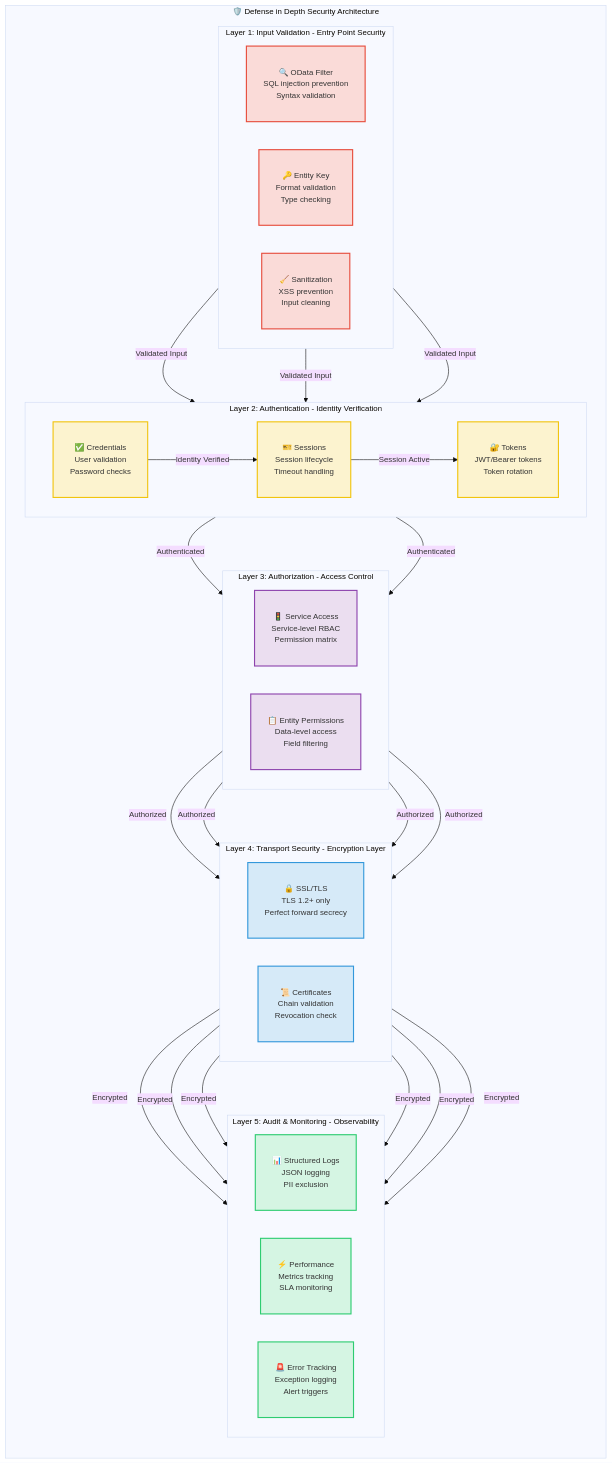
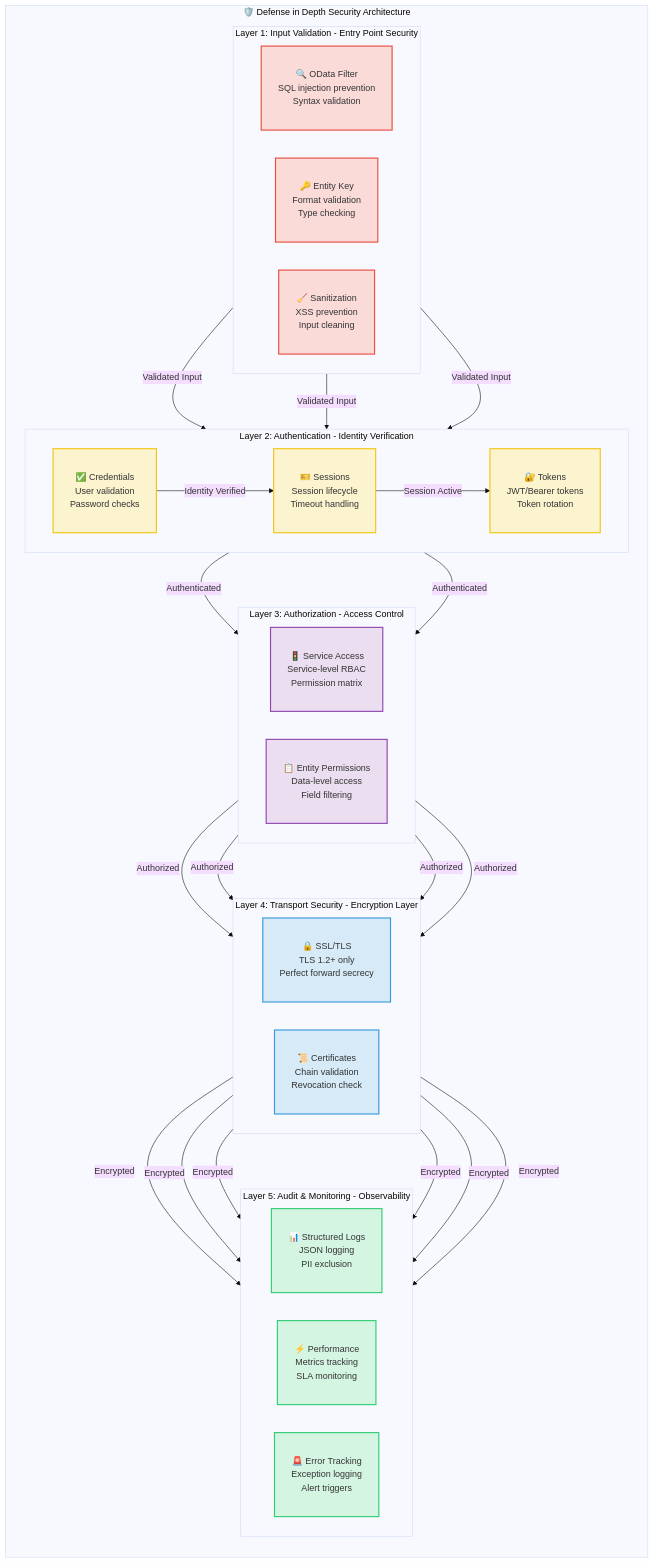
The fifth of 5 diagrams in README.md (midasol/sap-mcp-server), drawn with Mermaid before and after one commit.

Commit message:
README.md updated

````diff
--- a/README.md
+++ b/README.md
@@ -328,59 +328,59 @@
 ```mermaid
-%%{init: {'theme':'base', 'themeVariables': {'fontSize':'14px', 'fontFamily':'arial'}}}%%
+%%{init: {'theme':'base', 'themeVariables': {'fontSize':'16px', 'fontFamily':'arial'}}}%%
 graph TB
-    subgraph security["🛡️ Defense in Depth Security Architecture"]
+    subgraph security["🛡️ Defense in Depth Security Architecture\n"]
         direction TB
 
         subgraph layer1["Layer 1: Input Validation - Entry Point Security"]
             direction LR
             L1A["🔍 OData Filter<br/>SQL injection prevention<br/>Syntax validation"]
             L1B["🔑 Entity Key<br/>Format validation<br/>Type checking"]
             L1C["🧹 Sanitization<br/>XSS prevention<br/>Input cleaning"]
         end
 
         subgraph layer2["Layer 2: Authentication - Identity Verification"]
             direction LR
             L2A["✅ Credentials<br/>User validation<br/>Password checks"]
             L2B["🎫 Sessions<br/>Session lifecycle<br/>Timeout handling"]
             L2C["🔐 Tokens<br/>JWT/Bearer tokens<br/>Token rotation"]
         end
 
         subgraph layer3["Layer 3: Authorization - Access Control"]
             direction LR
             L3A["🚦 Service Access<br/>Service-level RBAC<br/>Permission matrix"]
             L3B["📋 Entity Permissions<br/>Data-level access<br/>Field filtering"]
         end
 
         subgraph layer4["Layer 4: Transport Security - Encryption Layer"]
             direction LR
             L4A["🔒 SSL/TLS<br/>TLS 1.2+ only<br/>Perfect forward secrecy"]
             L4B["📜 Certificates<br/>Chain validation<br/>Revocation check"]
         end
 
         subgraph layer5["Layer 5: Audit & Monitoring - Observability"]
             direction LR
             L5A["📊 Structured Logs<br/>JSON logging<br/>PII exclusion"]
             L5B["⚡ Performance<br/>Metrics tracking<br/>SLA monitoring"]
             L5C["🚨 Error Tracking<br/>Exception logging<br/>Alert triggers"]
         end
     end
 
     L1A & L1B & L1C -->|Validated Input| L2A
     L2A -->|Identity Verified| L2B
     L2B -->|Session Active| L2C
     L2C -->|Authenticated| L3A & L3B
     L3A & L3B -->|Authorized| L4A & L4B
     L4A & L4B -->|Encrypted| L5A & L5B & L5C
 
     classDef inputNode fill:#FADBD8,stroke:#E74C3C,stroke-width:2px,padding:15px
     classDef authNode fill:#FCF3CF,stroke:#F1C40F,stroke-width:2px,padding:15px
     classDef authzNode fill:#EBDEF0,stroke:#8E44AD,stroke-width:2px,padding:15px
     classDef transportNode fill:#D6EAF8,stroke:#3498DB,stroke-width:2px,padding:15px
     classDef auditNode fill:#D5F5E3,stroke:#2ECC71,stroke-width:2px,padding:15px
 
     class L1A,L1B,L1C inputNode
     class L2A,L2B,L2C authNode
     class L3A,L3B authzNode
     class L4A,L4B transportNode
     class L5A,L5B,L5C auditNode
 ```
````
